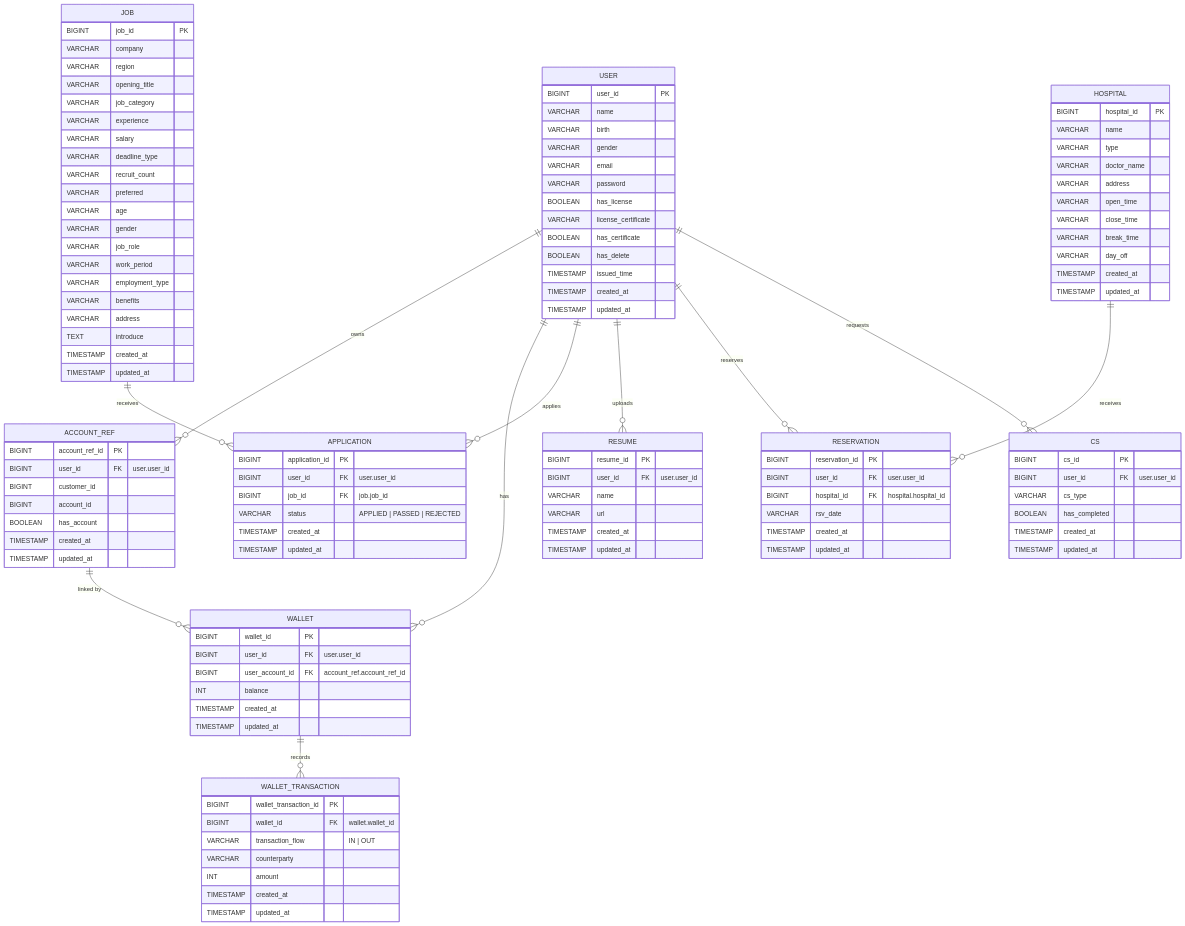
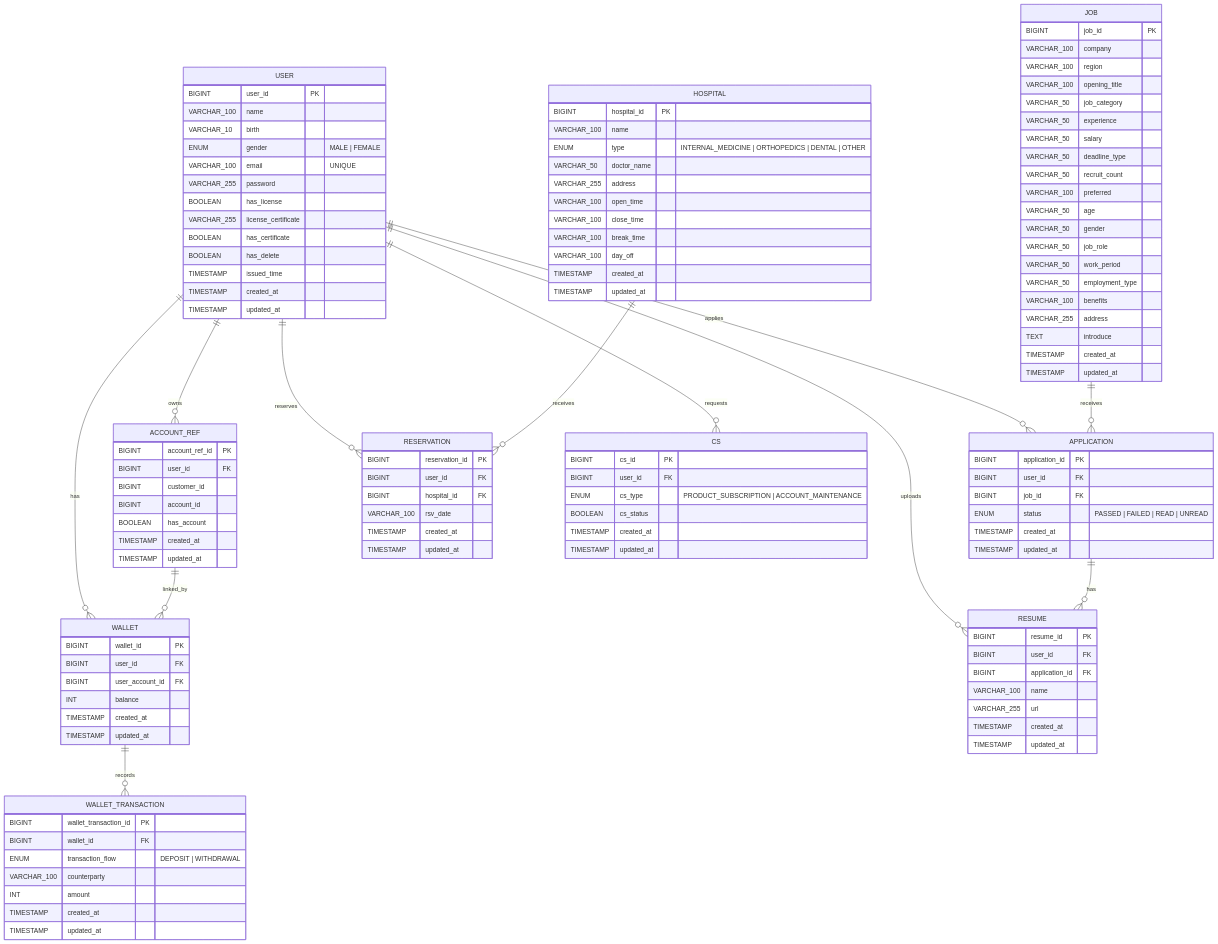
The diagram in backend/docs/erd.md (jaepar/NOVA), drawn with Mermaid before and after one commit. The commit also changed other lines of this file, not shown here.

Commit message:
erd.md 다이어그램 수정

````diff
--- a/backend/docs/erd.md
+++ b/backend/docs/erd.md
@@ -9,13 +8,13 @@
 erDiagram
   USER {
     BIGINT user_id PK
-    VARCHAR name
-    VARCHAR birth
-    VARCHAR gender
-    VARCHAR email
-    VARCHAR password
+    VARCHAR_100 name
+    VARCHAR_10 birth
+    ENUM gender "MALE | FEMALE"
+    VARCHAR_100 email "UNIQUE"
+    VARCHAR_255 password
     BOOLEAN has_license
-    VARCHAR license_certificate
+    VARCHAR_255 license_certificate
     BOOLEAN has_certificate
     BOOLEAN has_delete
     TIMESTAMP issued_time
@@ -25,7 +24,7 @@
 
   ACCOUNT_REF {
     BIGINT account_ref_id PK
-    BIGINT user_id FK "user.user_id"
+    BIGINT user_id FK
     BIGINT customer_id
     BIGINT account_id
     BOOLEAN has_account
@@ -35,8 +34,8 @@
 
   WALLET {
     BIGINT wallet_id PK
-    BIGINT user_id FK "user.user_id"
-    BIGINT user_account_id FK "account_ref.account_ref_id"
+    BIGINT user_id FK
+    BIGINT user_account_id FK
     INT balance
     TIMESTAMP created_at
     TIMESTAMP updated_at
@@ -44,9 +43,9 @@
 
   WALLET_TRANSACTION {
     BIGINT wallet_transaction_id PK
-    BIGINT wallet_id FK "wallet.wallet_id"
-    VARCHAR transaction_flow "IN | OUT"
-    VARCHAR counterparty
+    BIGINT wallet_id FK
+    ENUM transaction_flow "DEPOSIT | WITHDRAWAL"
+    VARCHAR_100 counterparty
     INT amount
     TIMESTAMP created_at
     TIMESTAMP updated_at
@@ -54,22 +53,22 @@
 
   JOB {
     BIGINT job_id PK
-    VARCHAR company
-    VARCHAR region
-    VARCHAR opening_title
-    VARCHAR job_category
-    VARCHAR experience
-    VARCHAR salary
-    VARCHAR deadline_type
-    VARCHAR recruit_count
-    VARCHAR preferred
-    VARCHAR age
-    VARCHAR gender
-    VARCHAR job_role
-    VARCHAR work_period
-    VARCHAR employment_type
-    VARCHAR benefits
-    VARCHAR address
+    VARCHAR_100 company
+    VARCHAR_100 region
+    VARCHAR_100 opening_title
+    VARCHAR_50 job_category
+    VARCHAR_50 experience
+    VARCHAR_50 salary
+    VARCHAR_50 deadline_type
+    VARCHAR_50 recruit_count
+    VARCHAR_100 preferred
+    VARCHAR_50 age
+    VARCHAR_50 gender
+    VARCHAR_50 job_role
+    VARCHAR_50 work_period
+    VARCHAR_50 employment_type
+    VARCHAR_100 benefits
+    VARCHAR_255 address
     TEXT introduce
     TIMESTAMP created_at
     TIMESTAMP updated_at
@@ -77,64 +76,66 @@
 
   APPLICATION {
     BIGINT application_id PK
-    BIGINT user_id FK "user.user_id"
-    BIGINT job_id FK "job.job_id"
-    VARCHAR status "APPLIED | PASSED | REJECTED"
+    BIGINT user_id FK
+    BIGINT job_id FK
+    ENUM status "PASSED | FAILED | READ | UNREAD"
     TIMESTAMP created_at
     TIMESTAMP updated_at
   }
 
   RESUME {
     BIGINT resume_id PK
-    BIGINT user_id FK "user.user_id"
-    VARCHAR name
-    VARCHAR url
+    BIGINT user_id FK
+    BIGINT application_id FK
+    VARCHAR_100 name
+    VARCHAR_255 url
     TIMESTAMP created_at
     TIMESTAMP updated_at
   }
 
   HOSPITAL {
     BIGINT hospital_id PK
-    VARCHAR name
-    VARCHAR type
-    VARCHAR doctor_name
-    VARCHAR address
-    VARCHAR open_time
-    VARCHAR close_time
-    VARCHAR break_time
-    VARCHAR day_off
+    VARCHAR_100 name
+    ENUM type "INTERNAL_MEDICINE | ORTHOPEDICS | DENTAL | OTHER"
+    VARCHAR_50 doctor_name
+    VARCHAR_255 address
+    VARCHAR_100 open_time
+    VARCHAR_100 close_time
+    VARCHAR_100 break_time
+    VARCHAR_100 day_off
     TIMESTAMP created_at
     TIMESTAMP updated_at
   }
 
   RESERVATION {
     BIGINT reservation_id PK
-    BIGINT user_id FK "user.user_id"
-    BIGINT hospital_id FK "hospital.hospital_id"
-    VARCHAR rsv_date
+    BIGINT user_id FK
+    BIGINT hospital_id FK
+    VARCHAR_100 rsv_date
     TIMESTAMP created_at
     TIMESTAMP updated_at
   }
 
   CS {
     BIGINT cs_id PK
-    BIGINT user_id FK "user.user_id"
-    VARCHAR cs_type
-    BOOLEAN has_completed
+    BIGINT user_id FK
+    ENUM cs_type "PRODUCT_SUBSCRIPTION | ACCOUNT_MAINTENANCE"
+    BOOLEAN cs_status
     TIMESTAMP created_at
     TIMESTAMP updated_at
   }
 
-  USER ||--o{ ACCOUNT_REF : "owns"
-  USER ||--o{ WALLET : "has"
-  USER ||--o{ APPLICATION : "applies"
-  USER ||--o{ RESUME : "uploads"
-  USER ||--o{ RESERVATION : "reserves"
-  USER ||--o{ CS : "requests"
+  USER ||--o{ ACCOUNT_REF : owns
+  USER ||--o{ WALLET : has
+  USER ||--o{ APPLICATION : applies
+  USER ||--o{ RESUME : uploads
+  USER ||--o{ RESERVATION : reserves
+  USER ||--o{ CS : requests
 
-  ACCOUNT_REF ||--o{ WALLET : "linked by"
-  WALLET ||--o{ WALLET_TRANSACTION : "records"
+  ACCOUNT_REF ||--o{ WALLET : linked_by
+  WALLET ||--o{ WALLET_TRANSACTION : records
 
-  JOB ||--o{ APPLICATION : "receives"
-  HOSPITAL ||--o{ RESERVATION : "receives"
+  JOB ||--o{ APPLICATION : receives
+  APPLICATION ||--o{ RESUME : has
+  HOSPITAL ||--o{ RESERVATION : receives
 ```
````
